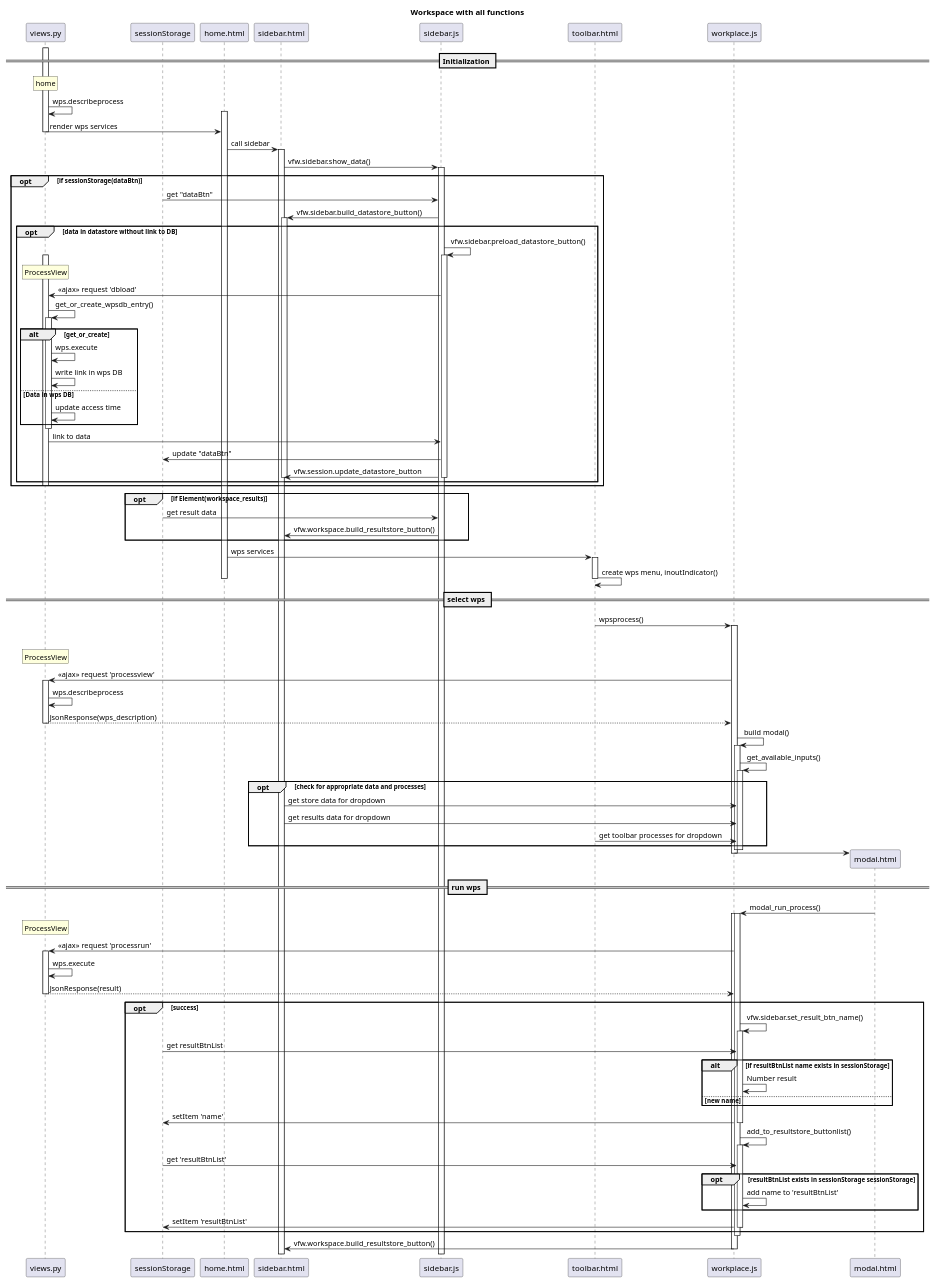
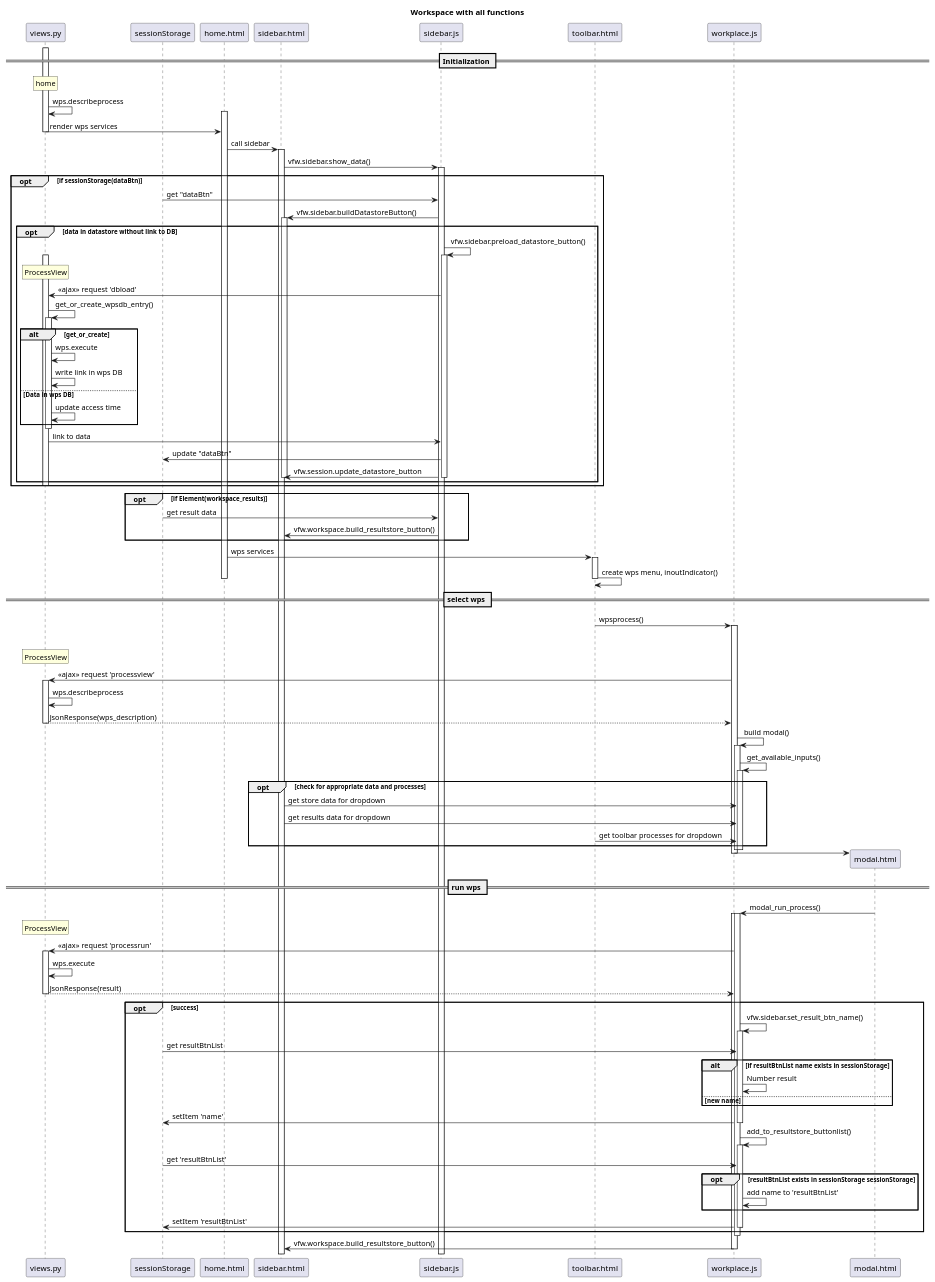
One commit to VForWaTer/vforwater-portal changed the second of 2 diagrams in diagrams/Seq_Workspace.puml. Above: the diagram before and after it, drawn with PlantUML. The commit also changed 12 other files, not shown here.

```diff
--- a/diagrams/Seq_Workspace.puml
+++ b/diagrams/Seq_Workspace.puml
@@ -71,104 +71,104 @@
 @startuml
 title Workspace with all functions
 
 'hide footbox
 
 participant views.py
 participant sessionStorage
 
 == Initialization ==
 participant home.html
 activate views.py
 rnote over views.py: home
 views.py -> views.py: wps.describeprocess
 activate home.html
 views.py -> home.html--: render wps services
 
 home.html -> sidebar.html: call sidebar
 activate sidebar.html
 sidebar.html -> sidebar.js ++: vfw.sidebar.show_data()
 opt if sessionStorage(dataBtn)
     sessionStorage -> sidebar.js: get "dataBtn"
-    sidebar.js -> sidebar.html ++: vfw.sidebar.build_datastore_button()
+    sidebar.js -> sidebar.html ++: vfw.sidebar.buildDatastoreButton()
     opt data in datastore without link to DB
         sidebar.js -> sidebar.js ++: vfw.sidebar.preload_datastore_button()
         rnote over views.py: ProcessView
         activate views.py
         sidebar.js -> views.py: <<ajax>> request 'dbload'
         views.py -> views.py ++: get_or_create_wpsdb_entry()
         alt get_or_create
 '           views.py -> sidebar.js --: link to data
             views.py -> views.py: wps.execute
             views.py -> views.py: write link in wps DB
         else Data in wps DB
             views.py -> views.py: update access time
         end
         deactivate views.py
         views.py -> sidebar.js: link to data
             sidebar.js -> sessionStorage: update "dataBtn"
             sidebar.js -> sidebar.html: vfw.session.update_datastore_button
             deactivate sidebar.html
             deactivate sidebar.js
     end
 deactivate views.py
 end
 opt if Element(workspace_results)
     sessionStorage -> sidebar.js: get result data
     sidebar.js -> sidebar.html: vfw.workspace.build_resultstore_button()
 end
 'sidebar.js -> sidebar.html : create datastore
 
 home.html -> toolbar.html ++: wps services
 toolbar.html -> toolbar.html: create wps menu, inoutIndicator()
 deactivate home.html
 deactivate toolbar.html
 
 == select wps ==
 toolbar.html -> workplace.js ++: wpsprocess()
 deactivate toolbar.html
 rnote over views.py: ProcessView
 workplace.js -> views.py ++: <<ajax>> request 'processview'
 views.py -> views.py: wps.describeprocess
 return JsonResponse(wps_description)
 workplace.js -> workplace.js++: build modal()
 workplace.js -> workplace.js++: get_available_inputs()
 
 opt check for appropriate data and processes
     sidebar.html -> workplace.js: get store data for dropdown
     sidebar.html -> workplace.js: get results data for dropdown
     toolbar.html -> workplace.js: get toolbar processes for dropdown
 end
 
 deactivate workplace.js
 deactivate workplace.js
 workplace.js -> modal.html **
 deactivate workplace.js
 
 == run wps ==
 modal.html -> workplace.js ++: modal_run_process()
 rnote over views.py: ProcessView
 activate workplace.js
 workplace.js -> views.py ++: <<ajax>> request 'processrun'
 views.py -> views.py: wps.execute
 return JsonResponse(result)
 opt success
     workplace.js -> workplace.js ++: vfw.sidebar.set_result_btn_name()
     sessionStorage -> workplace.js: get resultBtnList
     alt if resultBtnList name exists in sessionStorage
         workplace.js -> workplace.js: Number result
         else new name
     end
         workplace.js -> sessionStorage: setItem 'name'
 deactivate workplace.js
     workplace.js -> workplace.js ++: add_to_resultstore_buttonlist()
     sessionStorage -> workplace.js: get 'resultBtnList'
     opt resultBtnList exists in sessionStorage sessionStorage
         workplace.js -> workplace.js: add name to 'resultBtnList'
     end
         workplace.js -> sessionStorage: setItem 'resultBtnList'
 deactivate workplace.js
 end
 deactivate workplace.js
 workplace.js -> sidebar.html: vfw.workspace.build_resultstore_button()
 deactivate workplace.js
 @enduml
```
